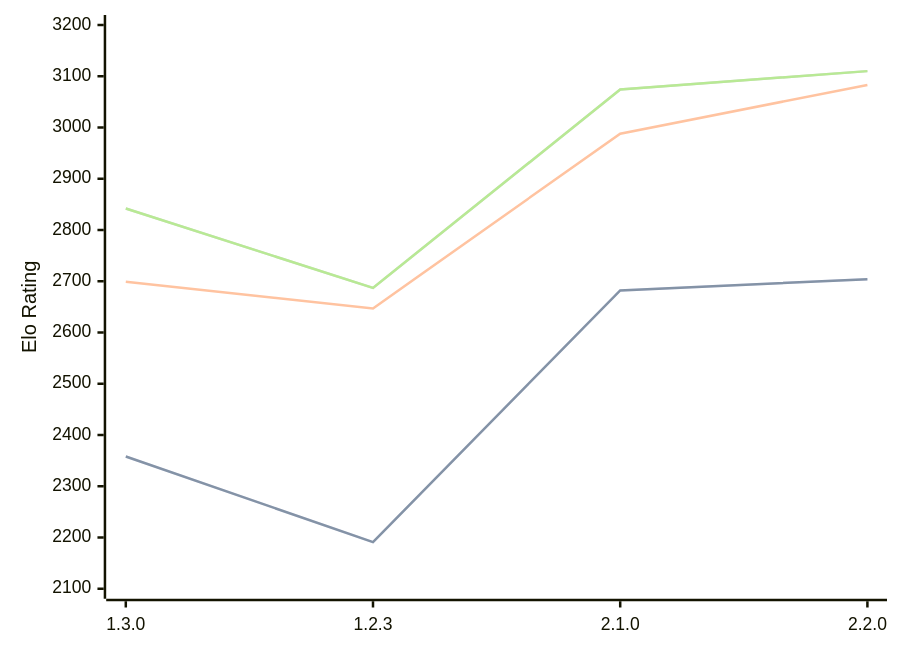
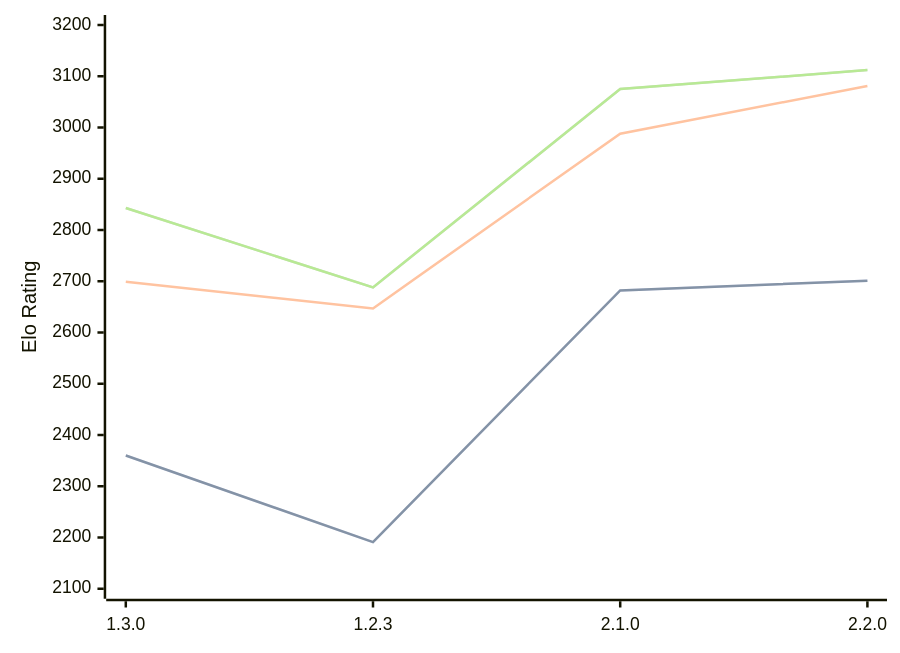
The diagram in engines/Aspen.md (computer-chess-index/cci), drawn with Mermaid before and after one commit. The commit also changed other lines of this file, not shown here.

Commit message:
Update CCI Ratings (ELO VLTC) - 2026-08-29

````diff
--- a/engines/Aspen.md
+++ b/engines/Aspen.md
@@ -43,11 +43,11 @@
 ```mermaid
 %%{init: {"theme":"base","themeVariables":{"seriesColors:['#a3a3a3','#222221','#faa371']}}}%%
 xychart-beta
   x-axis ["1.3.0", "1.2.3", "2.1.0", "2.2.0"]
   y-axis "Elo Rating" 2100 --> 3200
-  line "" [2358, 2191, 2682, 2704]
-  line "STC (8.0+0.08s)" [2358, 2191, 2682, 2704]
-  line "LTC (60.0+0.60s)" [2699, 2647, 2988, 3083]
-  line "" [2842, 2687, 3074, 3110]
-  line "VLTC (2m24s+1.12s)" [2842, 2687, 3074, 3110]
+  line "" [2360, 2191, 2682, 2701]
+  line "STC (8.0+0.08s)" [2360, 2191, 2682, 2701]
+  line "LTC (60.0+0.60s)" [2699, 2647, 2988, 3081]
+  line "" [2843, 2688, 3075, 3112]
+  line "VLTC (2m24s+1.12s)" [2843, 2688, 3075, 3112]
 ```
````
